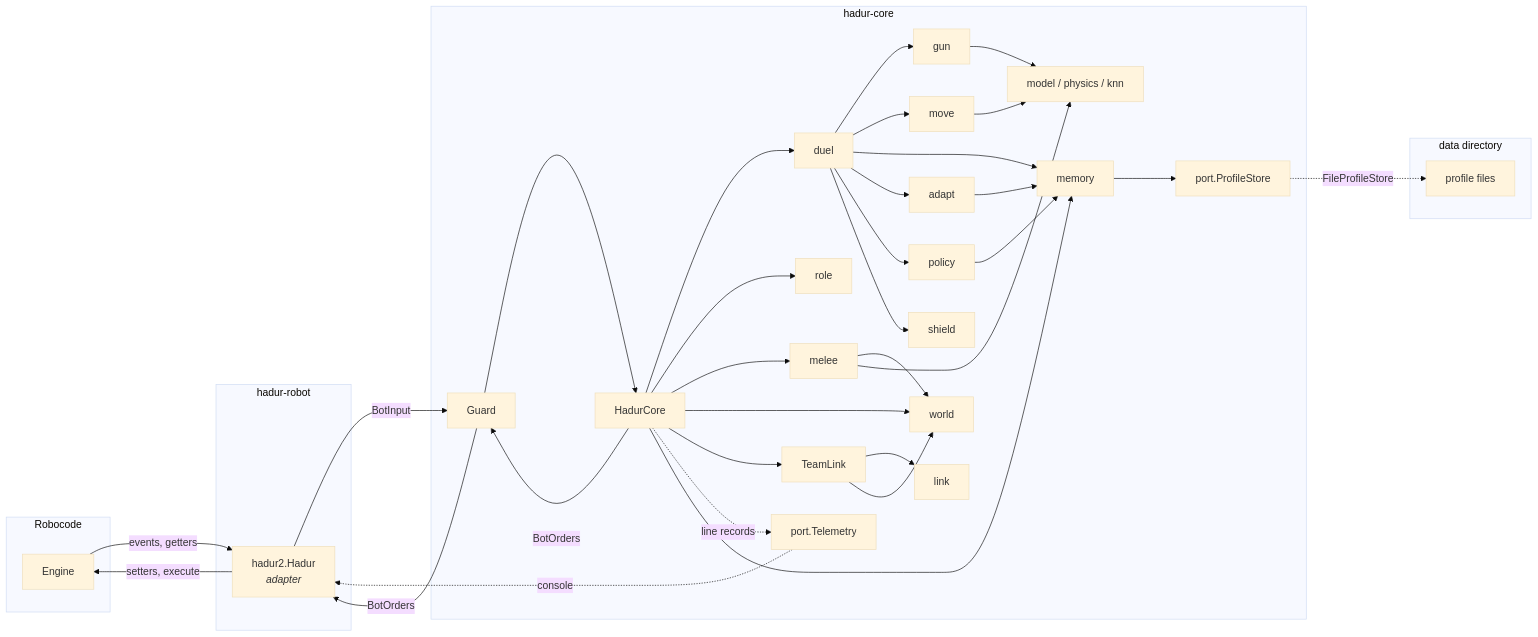
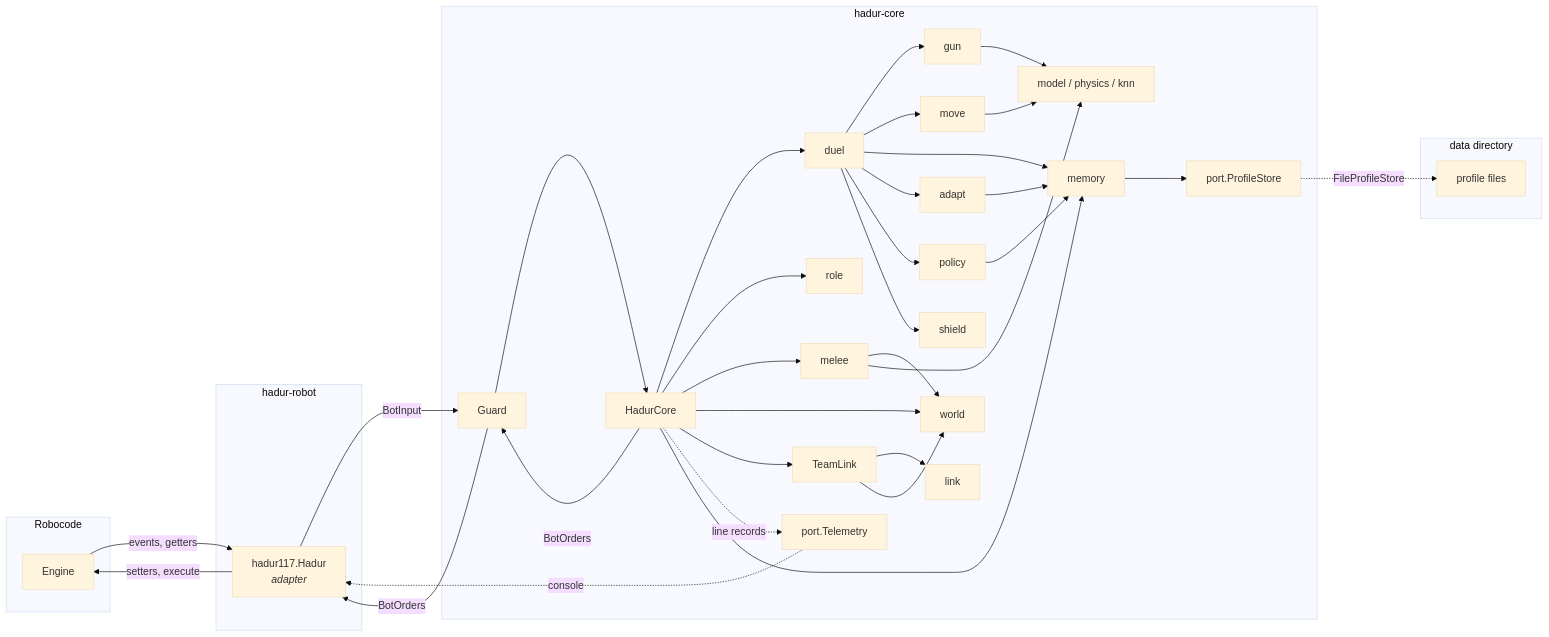
One commit to lgriffin/Hadur_Robot changed the first of 3 diagrams in docs/architecture.md. Above: the diagram before and after it, drawn with Mermaid (base theme). The commit also changed other lines of this file and 9 other files, not shown here.

First line of the commit message:
Docs: refresh architecture and testing, add a docs map, archive what is done

````diff
--- a/docs/architecture.md
+++ b/docs/architecture.md
@@ -11,59 +12,59 @@
 ```mermaid
 graph LR
     subgraph Robocode
         E[Engine]
     end
     subgraph hadur-robot
-        A[hadur2.Hadur<br><i>adapter</i>]
+        A[hadur117.Hadur<br><i>adapter</i>]
     end
     subgraph hadur-core
         G[Guard]
         C[HadurCore]
         GC[gun]
         MC[move]
         ML[melee]
         W[world]
         TL[TeamLink]
         LK[link]
         PT[role]
         DU[duel]
         M[model / physics / knn]
         T[port.Telemetry]
         MEM[memory]
         AD[adapt]
         PO[policy]
         SH[shield]
         PS[port.ProfileStore]
     end
     subgraph data directory
         F[profile files]
     end
     E -- events, getters --> A
     A -- BotInput --> G
     G --> C
     C --> DU
     DU --> GC & MC
     C --> PT
     C --> ML
     C --> W
     C --> TL
     TL --> LK
     TL --> W
     ML --> W
     ML --> M
     GC & MC --> M
     C -- BotOrders --> G
     G -- BotOrders --> A
     A -- setters, execute --> E
     C -. line records .-> T
     T -. console .-> A
     C --> MEM
     DU --> MEM
     DU --> AD
     DU --> PO
     DU --> SH
     PO --> MEM
     AD --> MEM
     MEM --> PS
     PS -. FileProfileStore .-> F
 ```
````
